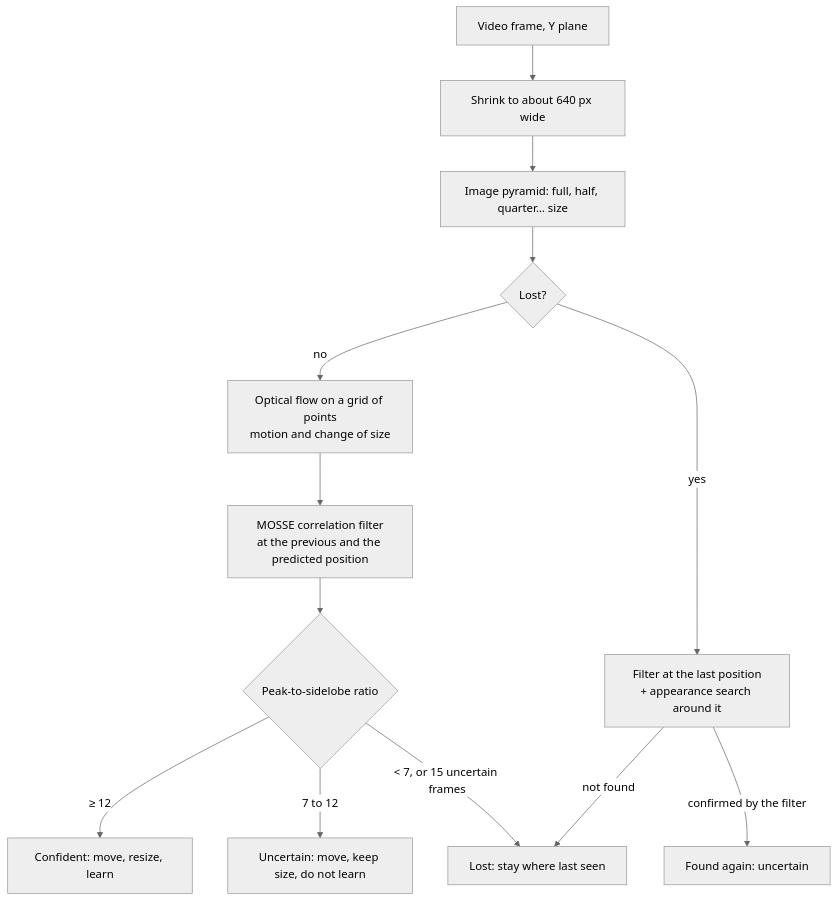
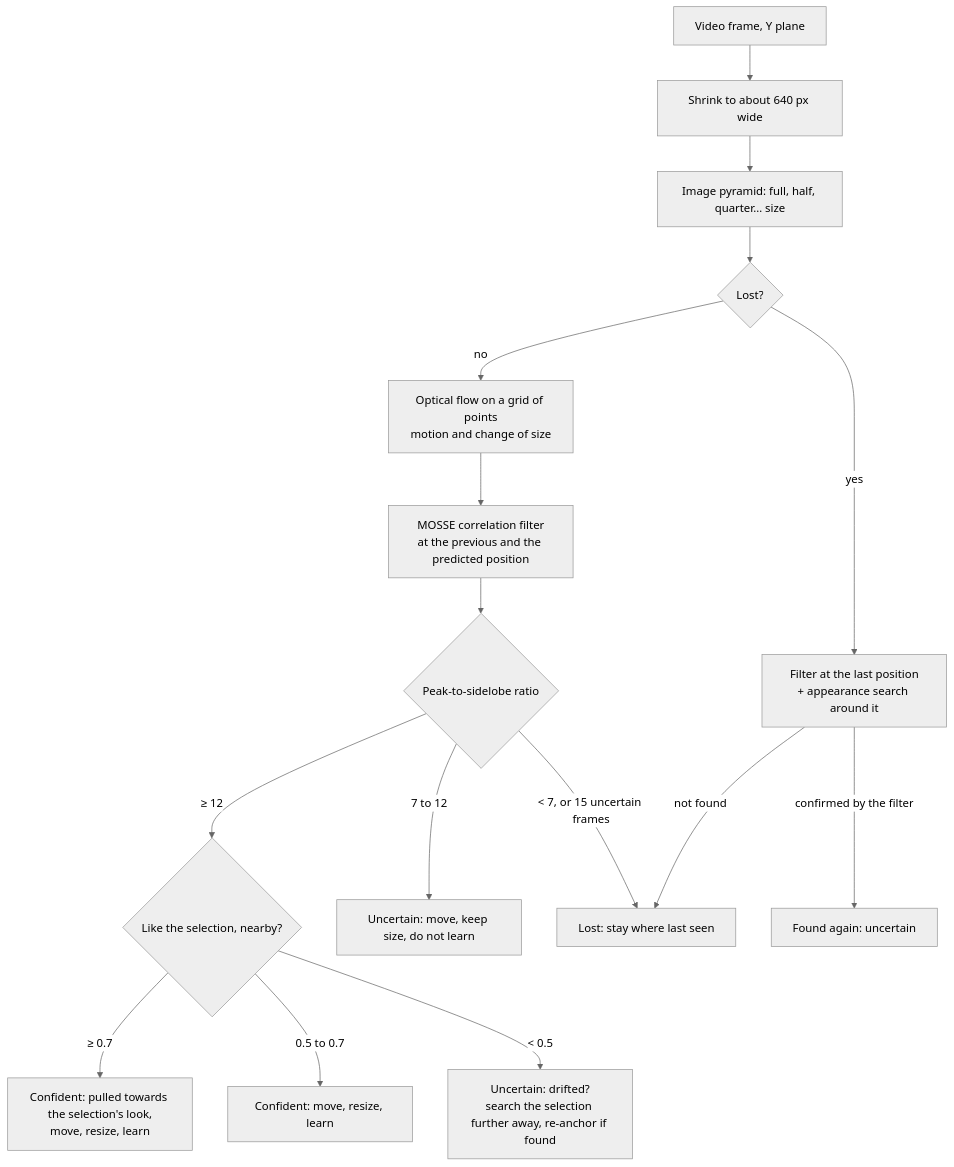
One commit to noasman971/kadr changed the diagram in docs/tracking-and-blur.md. Above: the diagram before and after it, drawn with Mermaid (neutral theme). The commit also changed other lines of this file and 5 other files, not shown here.

````diff
--- a/docs/tracking-and-blur.md
+++ b/docs/tracking-and-blur.md
@@ -34,15 +35,18 @@
 ```mermaid
 flowchart TD
     frame[Video frame, Y plane] --> shrink[Shrink to about 640 px wide]
     shrink --> pyramid[Image pyramid: full, half, quarter… size]
     pyramid --> state{Lost?}
     state -- no --> flow[Optical flow on a grid of points<br/>motion and change of size]
     flow --> mosse[MOSSE correlation filter<br/>at the previous and the predicted position]
     mosse --> psr{Peak-to-sidelobe ratio}
-    psr -- "≥ 12" --> confident[Confident: move, resize, learn]
+    psr -- "≥ 12" --> anchor{Like the selection, nearby?}
+    anchor -- "≥ 0.7" --> confident[Confident: pulled towards the selection's look,<br/>move, resize, learn]
+    anchor -- "0.5 to 0.7" --> changed[Confident: move, resize, learn]
+    anchor -- "< 0.5" --> suspect[Uncertain: drifted?<br/>search the selection further away, re-anchor if found]
     psr -- "7 to 12" --> uncertain[Uncertain: move, keep size, do not learn]
     psr -- "< 7, or 15 uncertain frames" --> lost[Lost: stay where last seen]
     state -- yes --> recover[Filter at the last position<br/>+ appearance search around it]
     recover -- "confirmed by the filter" --> found[Found again: uncertain]
     recover -- "not found" --> lost
 ```
````
